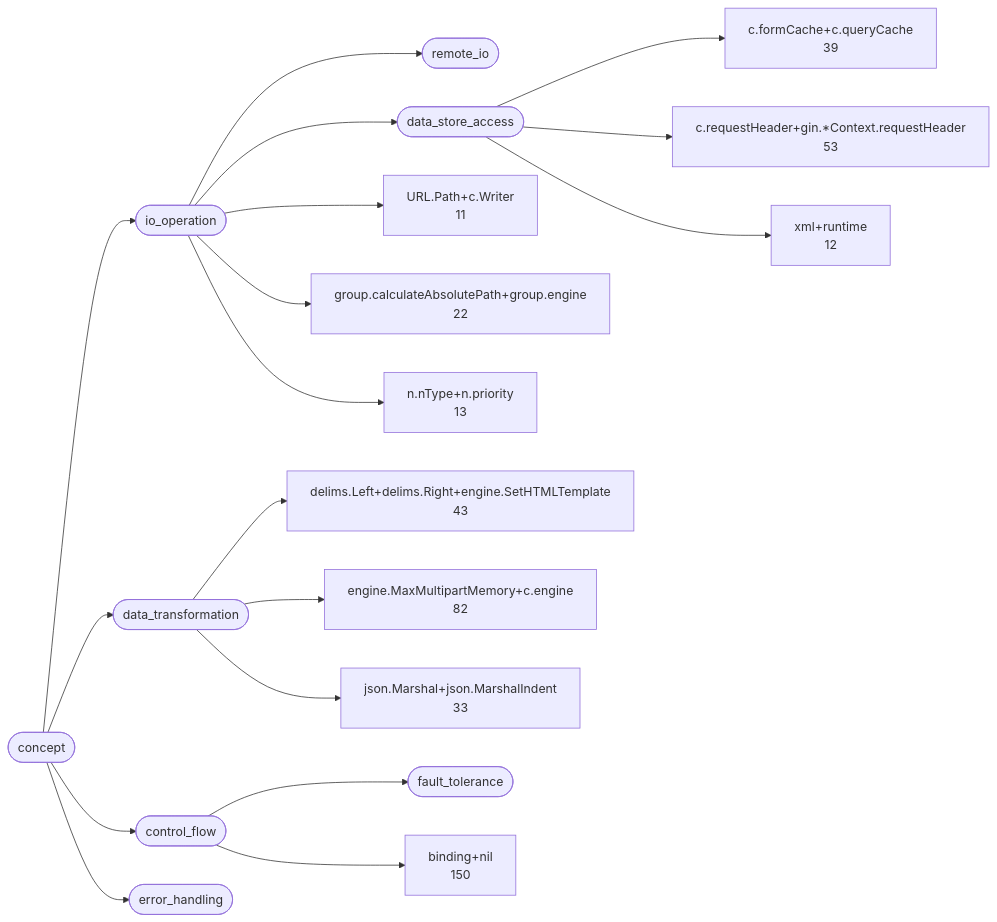
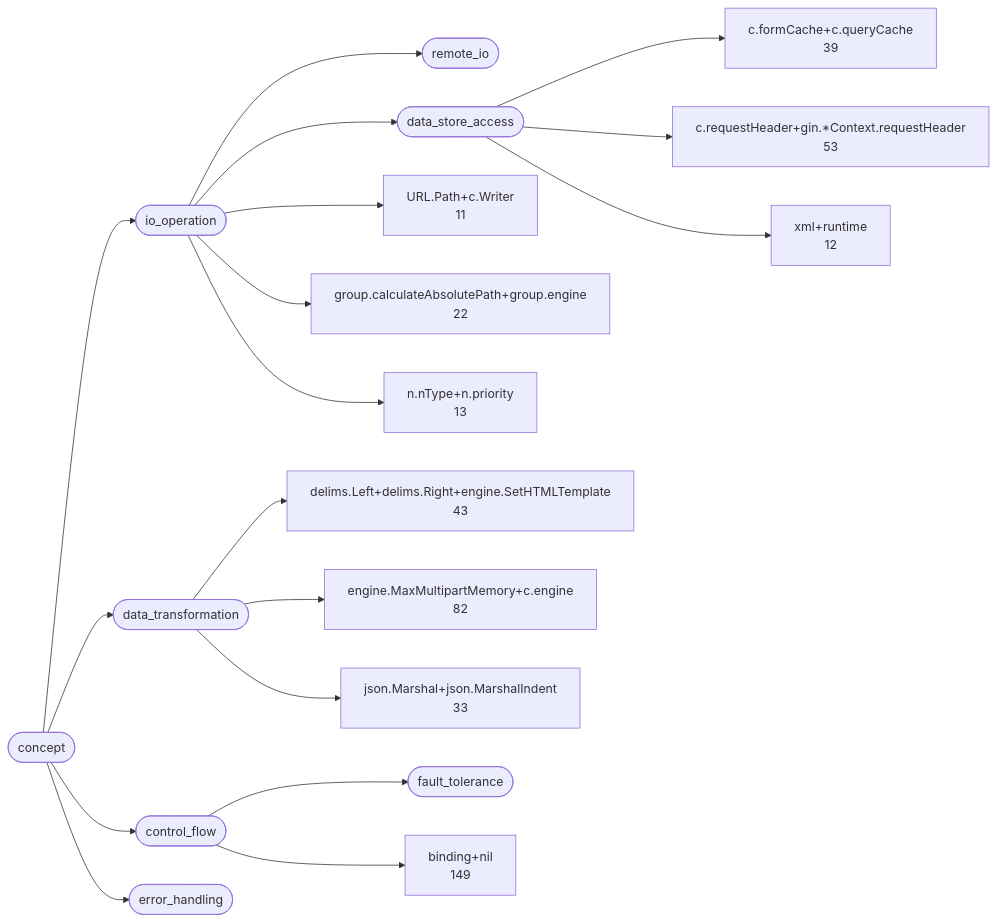
One commit to LukasSelin/doppel changed the second of 9 diagrams in examples/gin.md. Above: the diagram before and after it, drawn with Mermaid. The commit also changed other lines of this file and 7 other files, not shown here.

````diff
--- a/examples/gin.md
+++ b/examples/gin.md
@@ -110,38 +110,38 @@
 ```mermaid
 flowchart LR
     c0(["concept"])
     c1(["io_operation"])
     c2(["remote_io"])
     c3(["data_store_access"])
     c4(["data_transformation"])
     c5(["control_flow"])
     c6(["fault_tolerance"])
     c7(["error_handling"])
     c8["URL.Path+c.Writer<br/>11"]
-    c9["binding+nil<br/>150"]
+    c9["binding+nil<br/>149"]
     c10["c.formCache+c.queryCache<br/>39"]
     c11["c.requestHeader+gin.*Context.requestHeader<br/>53"]
     c12["delims.Left+delims.Right+engine.SetHTMLTemplate<br/>43"]
     c13["engine.MaxMultipartMemory+c.engine<br/>82"]
     c14["group.calculateAbsolutePath+group.engine<br/>22"]
     c15["json.Marshal+json.MarshalIndent<br/>33"]
     c16["n.nType+n.priority<br/>13"]
     c17["xml+runtime<br/>12"]
     c0 --> c1
     c1 --> c2
     c1 --> c3
     c0 --> c4
     c0 --> c5
     c5 --> c6
     c0 --> c7
     c1 --> c8
     c5 --> c9
     c3 --> c10
     c3 --> c11
     c4 --> c12
     c4 --> c13
     c1 --> c14
     c4 --> c15
     c1 --> c16
     c3 --> c17
 ```
````
